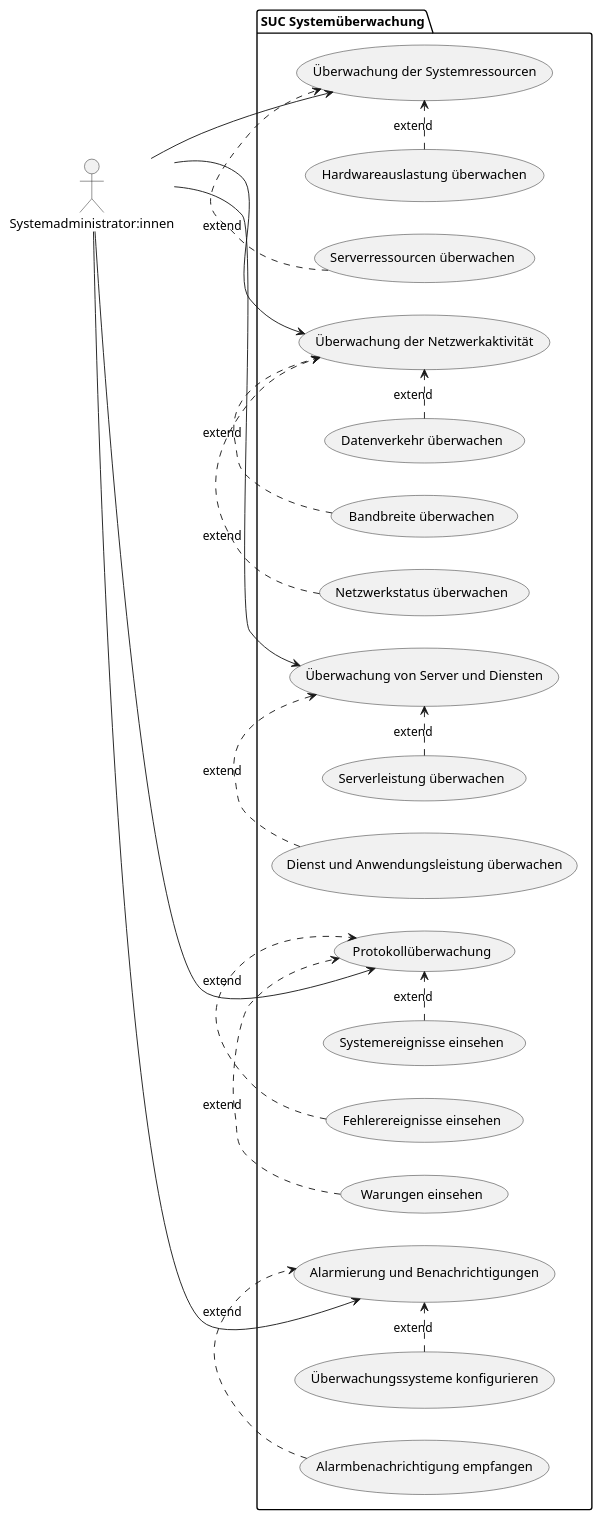
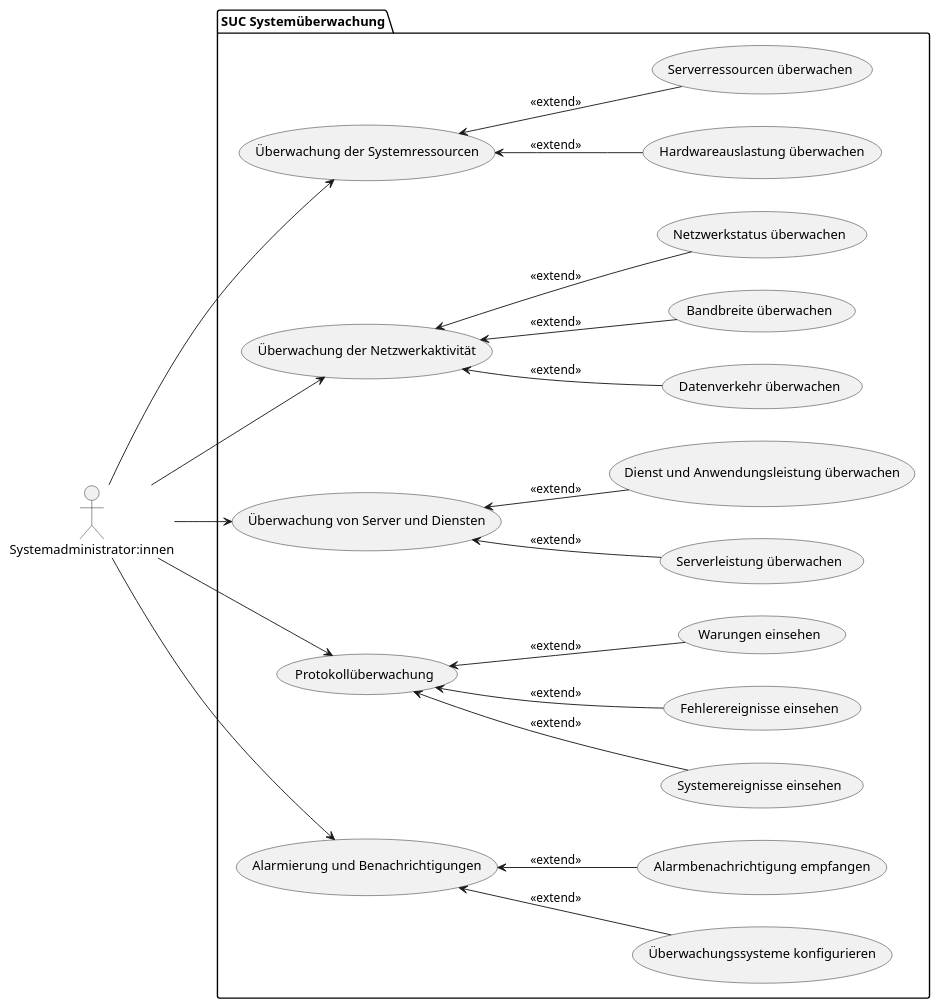
One commit to helenlaible/ss23-kba-project changed the eighth of 15 diagrams in docs/2_planning/2_system_use_cases.md. Above: the diagram before and after it, drawn with PlantUML. The commit also changed other lines of this file, not shown here.

````diff
--- a/docs/2_planning/2_system_use_cases.md
+++ b/docs/2_planning/2_system_use_cases.md
@@ -209,51 +205,43 @@
 ```plantuml Systemüberwachung
 @startuml
+
 left to right direction
 actor "Systemadministrator:innen" as SysAdmin
 
 package "SUC Systemüberwachung" {
 
-  usecase "Überwachung der Systemressourcen" as UC1
-  usecase "Hardwareauslastung überwachen" as UC2
-  usecase "Serverressourcen überwachen" as UC3
-  usecase "Überwachung der Netzwerkaktivität" as UC4
-  usecase "Datenverkehr überwachen" as UC5
-  usecase "Bandbreite überwachen" as UC6
-  usecase "Netzwerkstatus überwachen" as UC7
-  usecase "Überwachung von Server und Diensten" as UC8
-  usecase "Serverleistung überwachen" as UC9
-  usecase "Dienst und Anwendungsleistung überwachen" as UC10
-  usecase "Protokollüberwachung" as UC11
-  usecase "Systemereignisse einsehen" as UC12
-  usecase "Fehlerereignisse einsehen" as UC13
-  usecase "Warungen einsehen" as UC14 
-  usecase "Alarmierung und Benachrichtigungen" as UC15
-  usecase "Überwachungssysteme konfigurieren" as UC16
-  usecase "Alarmbenachrichtigung empfangen" as UC17
+  (Überwachung der Systemressourcen) as UC1
+  (Überwachung der Netzwerkaktivität) as UC2
+  (Überwachung von Server und Diensten) as UC3
+  (Protokollüberwachung) as UC4
+  (Alarmierung und Benachrichtigungen) as UC5
+
+  UC1 <-- (Hardwareauslastung überwachen): <<extend>>
+  UC1 <-- (Serverressourcen überwachen): <<extend>>
+
+  
+  UC2 <-- (Datenverkehr überwachen): <<extend>>
+  UC2 <-- (Bandbreite überwachen): <<extend>>
+  UC2 <-- (Netzwerkstatus überwachen): <<extend>>
+  
+  UC3 <-- (Serverleistung überwachen): <<extend>>
+  UC3 <-- (Dienst und Anwendungsleistung überwachen): <<extend>>
+
+  
+  UC4 <-- (Systemereignisse einsehen): <<extend>>
+  UC4 <-- (Fehlerereignisse einsehen): <<extend>>
+  UC4 <-- (Warungen einsehen): <<extend>>
+  
+  UC5 <-- (Überwachungssysteme konfigurieren): <<extend>>
+  UC5 <-- (Alarmbenachrichtigung empfangen): <<extend>>
+
 }
 
 SysAdmin --> UC1
+SysAdmin --> UC2
+SysAdmin --> UC3
 SysAdmin --> UC4
-SysAdmin --> UC8
-SysAdmin --> UC11
-SysAdmin --> UC15
-
-(UC2).>(UC1) : extend
-(UC3).>(UC1) : extend
-
-(UC5).>(UC4) : extend
-(UC6).>(UC4) : extend
-(UC7).>(UC4) : extend
-
-(UC9).>(UC8) : extend
-(UC10).>(UC8) : extend
-
-(UC12).>(UC11) : extend
-(UC13).>(UC11) : extend
-(UC14).>(UC11) : extend
-
-(UC16).>(UC15) : extend
-(UC17).>(UC15) : extend
+SysAdmin --> UC5
 
 @enduml
 ```
````
